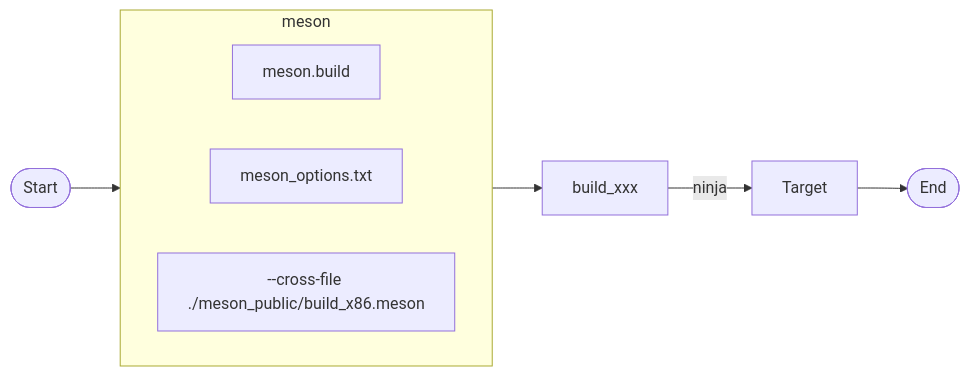
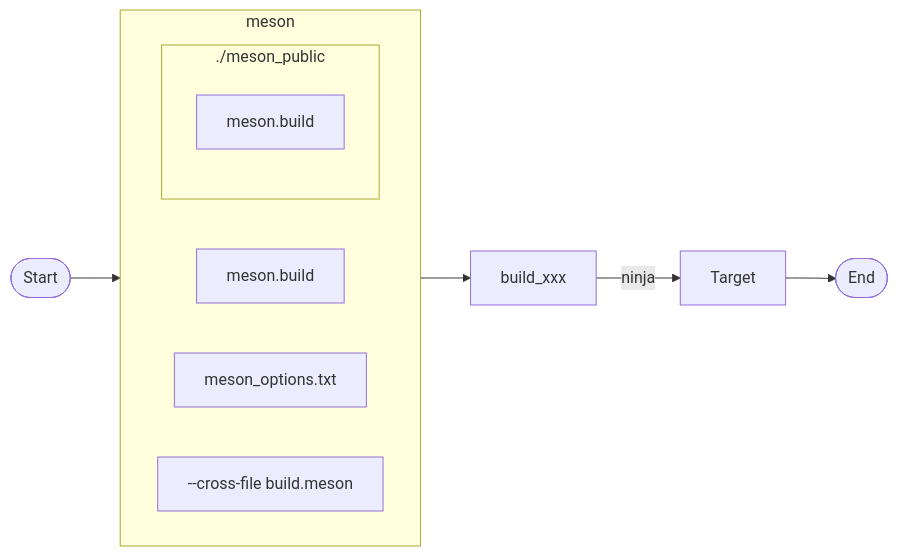
One commit to lankahsu520/makeXcmakeXmesonXgn changed the third of 4 diagrams in README.md. Above: the diagram before and after it, drawn with Mermaid. The commit also changed other lines of this file and 6 other files, not shown here.

````diff
--- a/README.md
+++ b/README.md
@@ -67,14 +67,17 @@
 ```mermaid
 flowchart LR
 	Start([Start])
 	subgraph meson[meson]
 		direction LR
 		meson_build[meson.build]
 		meson_options[meson_options.txt]
-		cross[--cross-file ./meson_public/build_x86.meson]
+		cross[--cross-file build.meson]
+		subgraph meson_public[./meson_public]
+			meson_build_public[meson.build]
+		end
 	end
 	End([End])
 	
 	Start --> meson --> build_xxx --> |ninja|Target --> End
 
 ```
````
